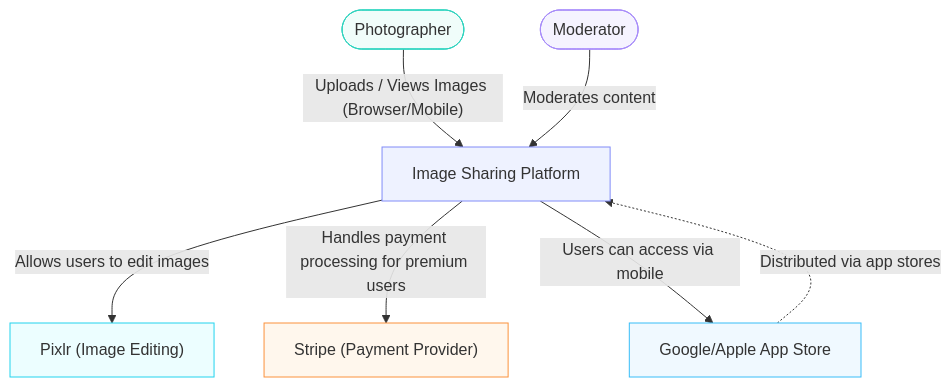
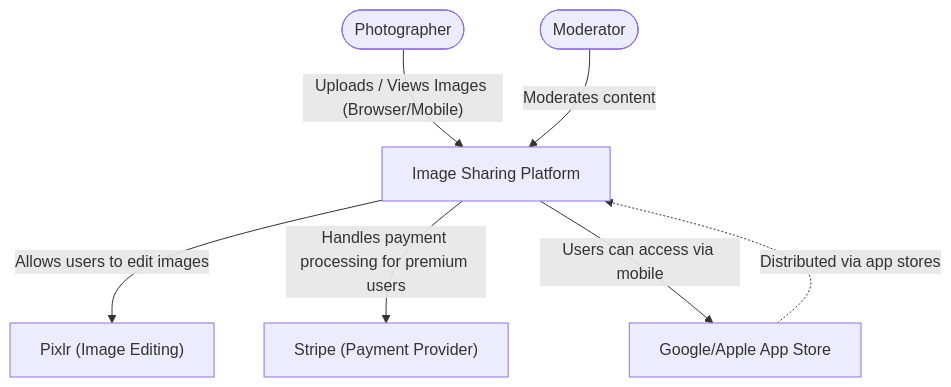
Before and after one commit to leopoldKainz/Image-sharing-startup: the first of 4 diagrams in README.md, drawn with Mermaid.

````diff
--- a/README.md
+++ b/README.md
@@ -43,32 +43,24 @@
 ```mermaid
 flowchart TB
     %%{init: {"flowchart": {"layout": "elk"}}}%%
     
     %% External Entities
     Photographer([Photographer]):::teal
     Moderator([Moderator]):::violet
     AppStore["Google/Apple App Store"]:::sky
     Stripe["Stripe (Payment Provider)"]:::orange
     Pixlr["Pixlr (Image Editing)"]:::cyan
 
     %% Core System
     App["Image Sharing Platform"]:::indigo
 
     %% Relationships
     Photographer -->|"Uploads / Views Images (Browser/Mobile)"| App
     Moderator -->|"Moderates content"| App
     App -->|"Allows users to edit images"| Pixlr
     App -->|"Handles payment processing for premium users"| Stripe
     App -->|"Users can access via mobile"| AppStore
 
     %% Direction from stores to the app (dashed to indicate external)
     AppStore -.->|"Distributed via app stores"| App
-
-    %% Styling
-    classDef indigo stroke:#818cf8,fill:#eef2ff;
-    classDef teal stroke:#2dd4bf,fill:#f0fdfa;
-    classDef violet stroke:#a78bfa,fill:#f5f3ff;
-    classDef orange stroke:#fb923c,fill:#fff7ed;
-    classDef cyan stroke:#22d3ee,fill:#ecfeff;
-    classDef sky stroke:#38bdf8,fill:#f0f9ff;
 ```
````
